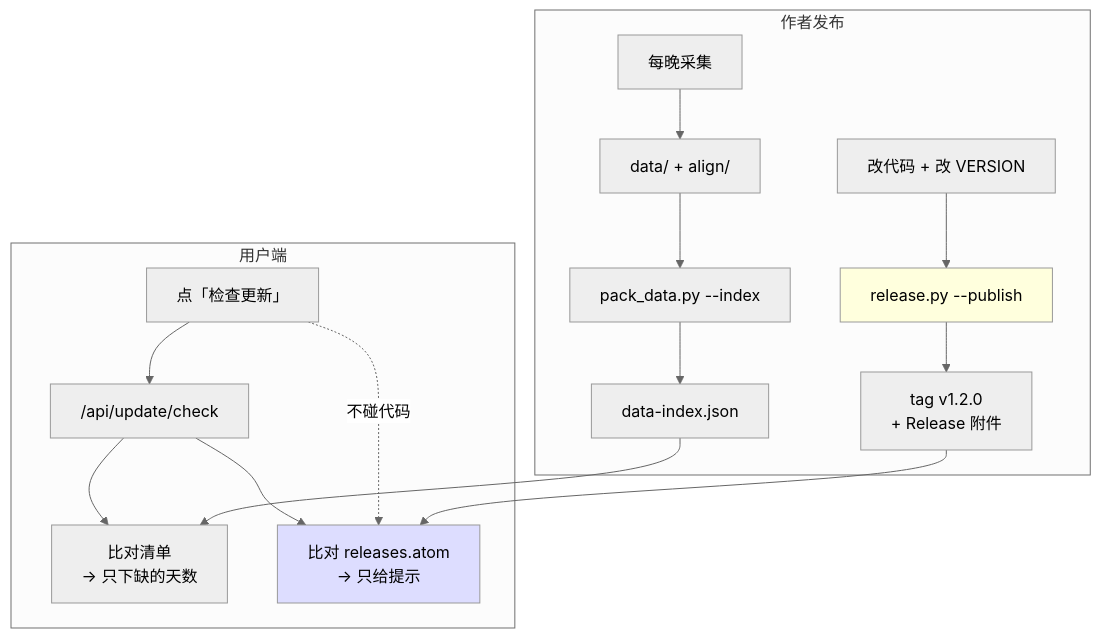
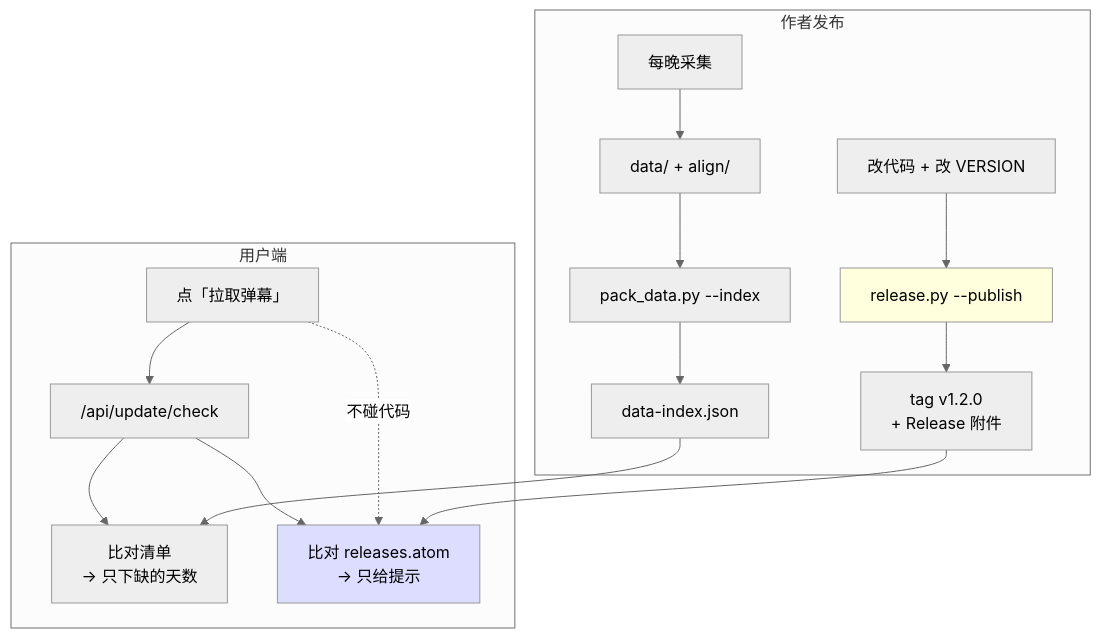
One commit to root9701/danmaku-timewarp changed the second of 3 diagrams in 架构总览.md. Above: the diagram before and after it, drawn with Mermaid (neutral theme). The commit also changed 10 other files, not shown here.

First line of the commit message:
refactor(界面): 「检查更新」更名为「拉取弹幕」

````diff
--- a/架构总览.md
+++ b/架构总览.md
@@ -68,20 +68,20 @@
 ```mermaid
 flowchart TB
     subgraph 作者["作者发布"]
         A1["每晚采集"] --> A2["data/ + align/"]
         A2 --> A3["pack_data.py --index"]
         A3 --> A4["data-index.json"]
         A5["改代码 + 改 VERSION"] --> A6["release.py --publish"]
         A6 --> A7["tag v1.2.0<br/>+ Release 附件"]
     end
     subgraph 用户["用户端"]
-        B1["点「检查更新」"] --> B2["/api/update/check"]
+        B1["点「拉取弹幕」"] --> B2["/api/update/check"]
         B2 --> B3["比对清单<br/>→ 只下缺的天数"]
         B2 --> B4["比对 releases.atom<br/>→ 只给提示"]
         B1 -.不碰代码.-> B4
     end
     A4 --> B3
     A7 --> B4
     style A6 fill:#ffd
     style B4 fill:#ddf
 ```
````
